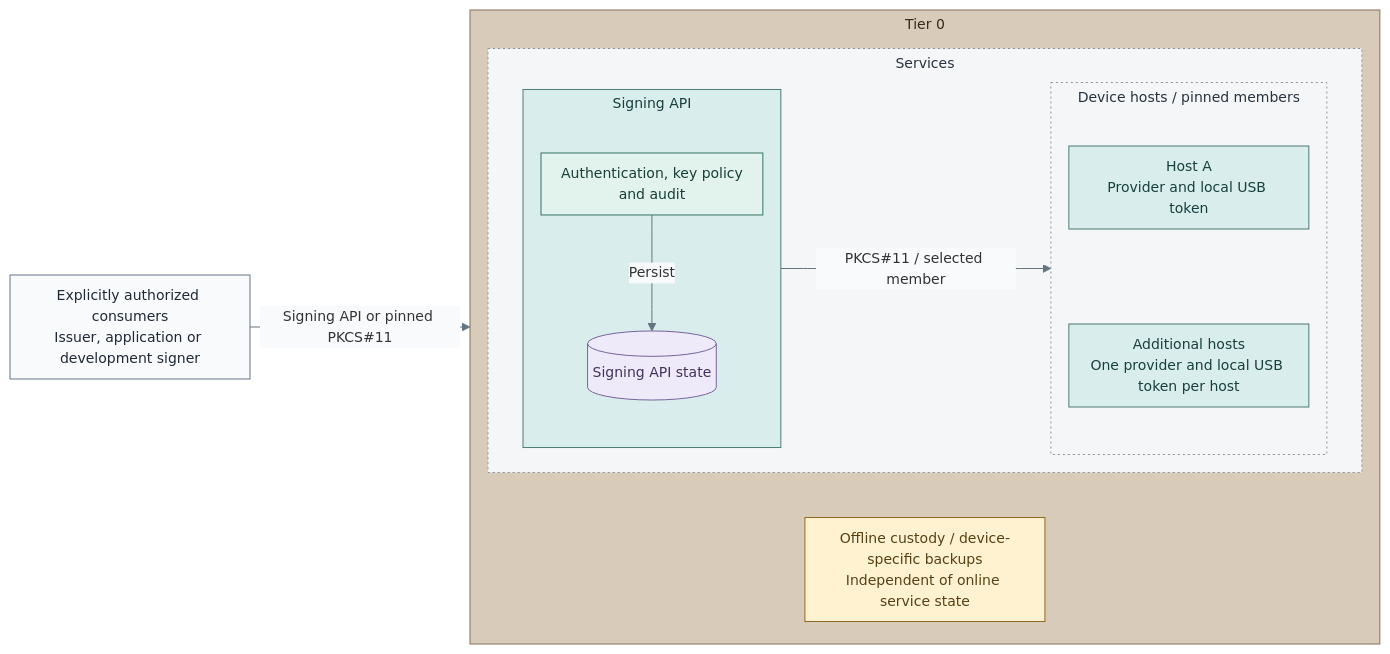
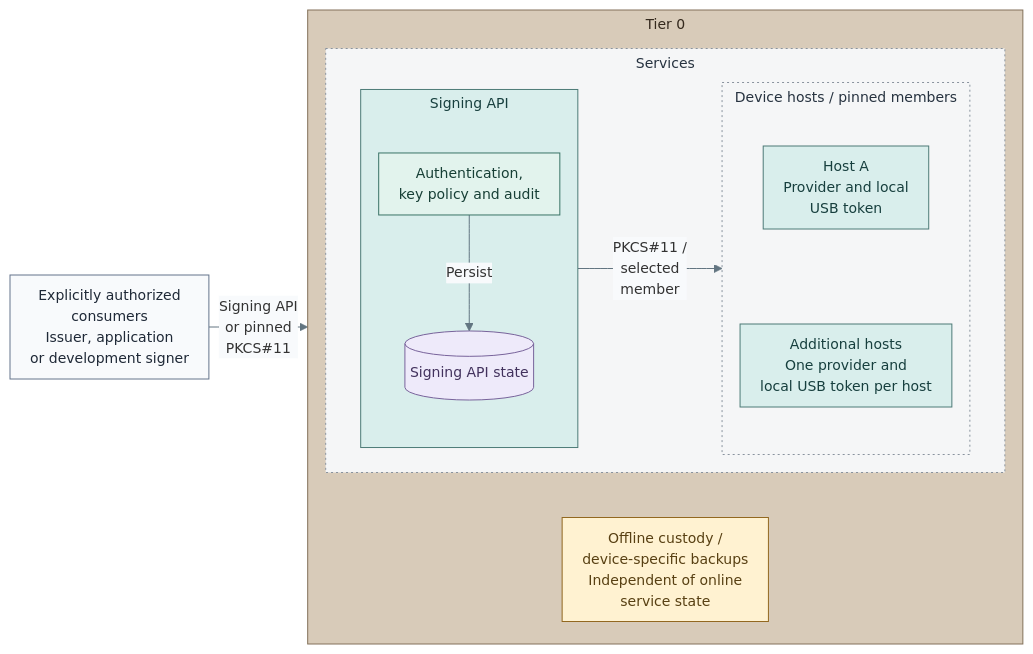
One commit to Rexus/homelab changed the first of 2 diagrams in docs/01-architecture/08-cryptography/04-usb-hsm.md. Above: the diagram before and after it, drawn with Mermaid. The commit also changed other lines of this file and 352 other files, not shown here.

````diff
--- a/docs/01-architecture/08-cryptography/04-usb-hsm.md
+++ b/docs/01-architecture/08-cryptography/04-usb-hsm.md
@@ -13,43 +13,43 @@
 ```mermaid
 %%{init: {"theme":"base","flowchart":{"nodeSpacing":16,"rankSpacing":20,"padding":10,"subGraphTitleMargin":{"top":4,"bottom":12}},"themeVariables":{"lineColor":"#627581","edgeLabelBackground":"#f8fafc","fontFamily":"Arial, sans-serif","fontSize":"14px"},"fontFamily":"Arial, sans-serif"}}%%
 flowchart LR
-  Clients["Explicitly authorized consumers<br/>Issuer, application or development signer"]
+  Clients["Explicitly authorized<br/>consumers<br/>Issuer, application<br/>or development signer"]
   subgraph T0["Tier 0"]
     direction TB
     subgraph Connected["Services"]
       direction LR
       subgraph API["Signing API"]
         direction TB
-        Policy["Authentication, key policy<br/>and audit"]
+        Policy["Authentication,<br/>key policy and audit"]
         State[("Signing API state")]
         Policy -->|Persist| State
       end
       subgraph Pool["Device hosts / pinned members"]
         direction TB
-        ProviderA["Host A<br/>Provider and local USB token"]
-        ProviderB["Additional hosts<br/>One provider and local USB token per host"]
+        ProviderA["Host A<br/>Provider and local<br/>USB token"]
+        ProviderB["Additional hosts<br/>One provider and<br/>local USB token per host"]
         ProviderA ~~~ ProviderB
       end
-      API -->|PKCS#11 / selected member| Pool
+      API -->|PKCS#11 /<br/>selected<br/>member| Pool
     end
-    Custody["Offline custody / device-specific backups<br/>Independent of online service state"]
+    Custody["Offline custody /<br/>device-specific backups<br/>Independent of online<br/>service state"]
     Connected ~~~ Custody
   end
-  Clients -->|Signing API or pinned PKCS#11| T0
+  Clients -->|Signing API<br/>or pinned<br/>PKCS#11| T0
   classDef default fill:#f8fafc,stroke:#64748b,color:#1f2937
   classDef tier0 fill:#d8cbb9,stroke:#83715a,color:#352a1e
   classDef boundary fill:#eef2f6,stroke:#64748b,color:#1f2937
   classDef runtime fill:#d9eeec,stroke:#4d7b77,color:#173f3e
   classDef replicas fill:#f5f6f7,stroke:#89939e,color:#273340,stroke-dasharray:2 3
   classDef control fill:#e2f3ed,stroke:#397366,color:#173f36
   classDef custody fill:#fff2d1,stroke:#926820,color:#584013
   classDef data fill:#eeeafa,stroke:#78639b,color:#42325d
   class T0 tier0
   class API,ProviderA,ProviderB runtime
   class Pool replicas
   class Policy control
   class Custody custody
   class State data
   classDef group fill:#f5f6f7,stroke:#89939e,color:#273340,stroke-dasharray:2 3
   class Connected group
 ```
````
